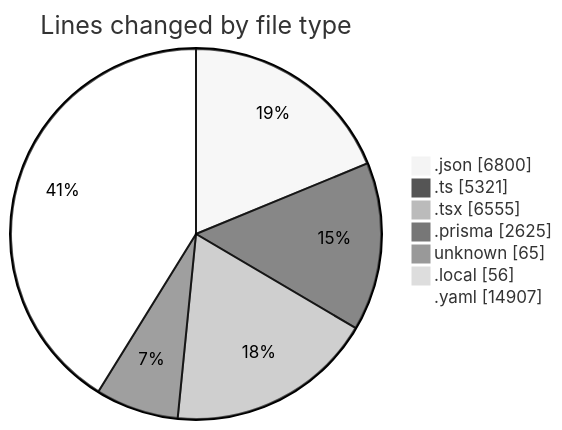
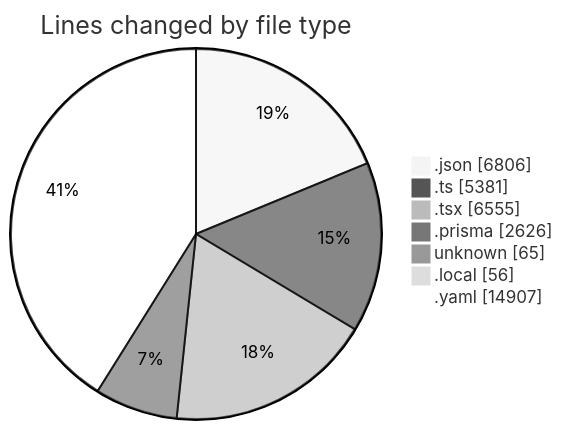
The first of 2 diagrams in 2025-05-15/ecodeli-1/README.md (CELIANVF/code-tracking), drawn with Mermaid (neutral theme) before and after one commit. The commit also changed other lines of this file and 1 other file, not shown here.

````diff
--- a/2025-05-15/ecodeli-1/README.md
+++ b/2025-05-15/ecodeli-1/README.md
@@ -55,11 +56,11 @@
 ```mermaid
 pie showData
 title Lines changed by file type
-".json" : 6800
-".ts" : 5321
+".json" : 6806
+".ts" : 5381
 ".tsx" : 6555
-".prisma" : 2625
+".prisma" : 2626
 "unknown" : 65
 ".local" : 56
 ".yaml" : 14907
 ```
````
